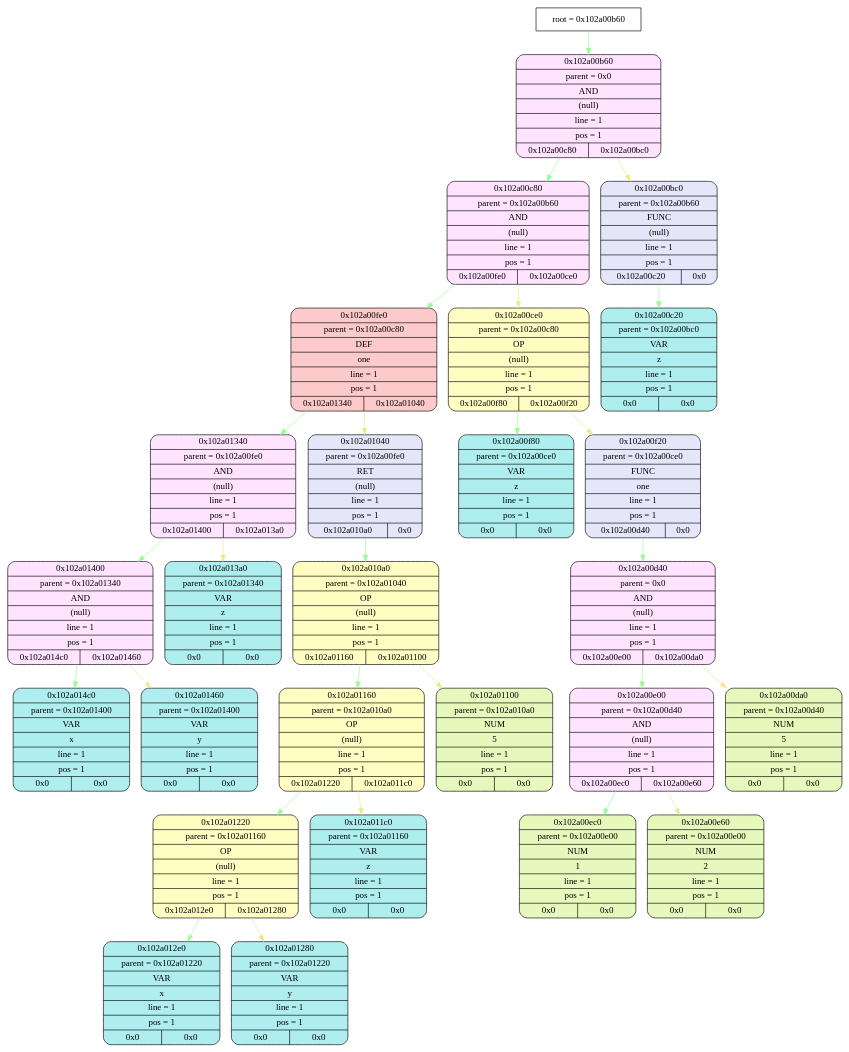
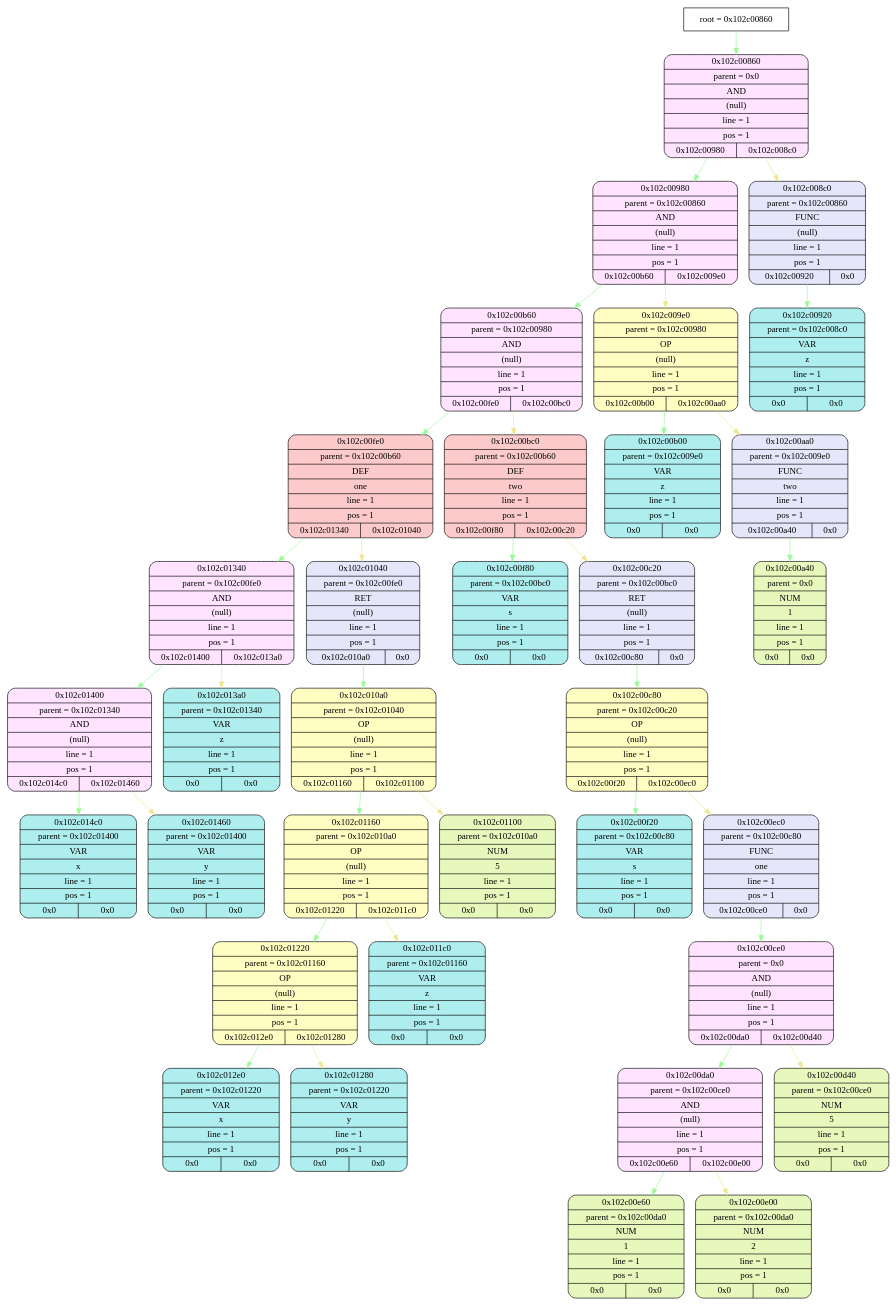
One commit to esgalimov/language changed the diagram in frontend/tmp/graphviz.dot. Above: the diagram before and after it, drawn with Graphviz. The commit also changed 19 other files, not shown here.

Commit message:
second stack in cpu to save ret values and call func from another one

```diff
--- a/frontend/tmp/graphviz.dot
+++ b/frontend/tmp/graphviz.dot
@@ -1,83 +1,107 @@
 digraph
 {
-    node_info[shape = record, label = "{root = 0x102a00b60}"];
+    node_info[shape = record, label = "{root = 0x102c00860}"];
 
-    node_info->node_0x102a00b60 [color = "#98FB98"];
-    node_0x102a00b60[shape = Mrecord, label = "{{0x102a00b60} | {parent =  0x0} | {AND} | {(null)} | {line = 1} | {pos = 1} | {0x102a00c80 | 0x102a00bc0}}",
+    node_info->node_0x102c00860 [color = "#98FB98"];
+    node_0x102c00860[shape = Mrecord, label = "{{0x102c00860} | {parent =  0x0} | {AND} | {(null)} | {line = 1} | {pos = 1} | {0x102c00980 | 0x102c008c0}}",
                                         style="filled", fillcolor="#FFE3FF"];
-    node_0x102a00c80[shape = Mrecord, label = "{{0x102a00c80} | {parent =  0x102a00b60} | {AND} | {(null)} | {line = 1} | {pos = 1} | {0x102a00fe0 | 0x102a00ce0}}",
+    node_0x102c00980[shape = Mrecord, label = "{{0x102c00980} | {parent =  0x102c00860} | {AND} | {(null)} | {line = 1} | {pos = 1} | {0x102c00b60 | 0x102c009e0}}",
                                         style="filled", fillcolor="#FFE3FF"];
-    node_0x102a00fe0[shape = Mrecord, label = "{{0x102a00fe0} | {parent =  0x102a00c80} | {DEF} | {one} | {line = 1} | {pos = 1} | {0x102a01340 | 0x102a01040}}",
+    node_0x102c00b60[shape = Mrecord, label = "{{0x102c00b60} | {parent =  0x102c00980} | {AND} | {(null)} | {line = 1} | {pos = 1} | {0x102c00fe0 | 0x102c00bc0}}",
+                                        style="filled", fillcolor="#FFE3FF"];
+    node_0x102c00fe0[shape = Mrecord, label = "{{0x102c00fe0} | {parent =  0x102c00b60} | {DEF} | {one} | {line = 1} | {pos = 1} | {0x102c01340 | 0x102c01040}}",
                                         style="filled", fillcolor="#FCCACA"];
-    node_0x102a01340[shape = Mrecord, label = "{{0x102a01340} | {parent =  0x102a00fe0} | {AND} | {(null)} | {line = 1} | {pos = 1} | {0x102a01400 | 0x102a013a0}}",
+    node_0x102c01340[shape = Mrecord, label = "{{0x102c01340} | {parent =  0x102c00fe0} | {AND} | {(null)} | {line = 1} | {pos = 1} | {0x102c01400 | 0x102c013a0}}",
                                         style="filled", fillcolor="#FFE3FF"];
-    node_0x102a01400[shape = Mrecord, label = "{{0x102a01400} | {parent =  0x102a01340} | {AND} | {(null)} | {line = 1} | {pos = 1} | {0x102a014c0 | 0x102a01460}}",
+    node_0x102c01400[shape = Mrecord, label = "{{0x102c01400} | {parent =  0x102c01340} | {AND} | {(null)} | {line = 1} | {pos = 1} | {0x102c014c0 | 0x102c01460}}",
                                         style="filled", fillcolor="#FFE3FF"];
-    node_0x102a014c0[shape = Mrecord, label = "{{0x102a014c0} | {parent =  0x102a01400} | {VAR} | {x} | {line = 1} | {pos = 1} | {0x0 | 0x0}}",
+    node_0x102c014c0[shape = Mrecord, label = "{{0x102c014c0} | {parent =  0x102c01400} | {VAR} | {x} | {line = 1} | {pos = 1} | {0x0 | 0x0}}",
                                         style="filled", fillcolor="#AFEEEE"];
-    node_0x102a01460[shape = Mrecord, label = "{{0x102a01460} | {parent =  0x102a01400} | {VAR} | {y} | {line = 1} | {pos = 1} | {0x0 | 0x0}}",
+    node_0x102c01460[shape = Mrecord, label = "{{0x102c01460} | {parent =  0x102c01400} | {VAR} | {y} | {line = 1} | {pos = 1} | {0x0 | 0x0}}",
                                         style="filled", fillcolor="#AFEEEE"];
-    node_0x102a013a0[shape = Mrecord, label = "{{0x102a013a0} | {parent =  0x102a01340} | {VAR} | {z} | {line = 1} | {pos = 1} | {0x0 | 0x0}}",
+    node_0x102c013a0[shape = Mrecord, label = "{{0x102c013a0} | {parent =  0x102c01340} | {VAR} | {z} | {line = 1} | {pos = 1} | {0x0 | 0x0}}",
                                         style="filled", fillcolor="#AFEEEE"];
-    node_0x102a01040[shape = Mrecord, label = "{{0x102a01040} | {parent =  0x102a00fe0} | {RET} | {(null)} | {line = 1} | {pos = 1} | {0x102a010a0 | 0x0}}",
+    node_0x102c01040[shape = Mrecord, label = "{{0x102c01040} | {parent =  0x102c00fe0} | {RET} | {(null)} | {line = 1} | {pos = 1} | {0x102c010a0 | 0x0}}",
                                         style="filled", fillcolor="#E6E6FA"];
-    node_0x102a010a0[shape = Mrecord, label = "{{0x102a010a0} | {parent =  0x102a01040} | {OP} | {(null)} | {line = 1} | {pos = 1} | {0x102a01160 | 0x102a01100}}",
+    node_0x102c010a0[shape = Mrecord, label = "{{0x102c010a0} | {parent =  0x102c01040} | {OP} | {(null)} | {line = 1} | {pos = 1} | {0x102c01160 | 0x102c01100}}",
                                         style="filled", fillcolor="#FFFDC2"];
-    node_0x102a01160[shape = Mrecord, label = "{{0x102a01160} | {parent =  0x102a010a0} | {OP} | {(null)} | {line = 1} | {pos = 1} | {0x102a01220 | 0x102a011c0}}",
+    node_0x102c01160[shape = Mrecord, label = "{{0x102c01160} | {parent =  0x102c010a0} | {OP} | {(null)} | {line = 1} | {pos = 1} | {0x102c01220 | 0x102c011c0}}",
                                         style="filled", fillcolor="#FFFDC2"];
-    node_0x102a01220[shape = Mrecord, label = "{{0x102a01220} | {parent =  0x102a01160} | {OP} | {(null)} | {line = 1} | {pos = 1} | {0x102a012e0 | 0x102a01280}}",
+    node_0x102c01220[shape = Mrecord, label = "{{0x102c01220} | {parent =  0x102c01160} | {OP} | {(null)} | {line = 1} | {pos = 1} | {0x102c012e0 | 0x102c01280}}",
                                         style="filled", fillcolor="#FFFDC2"];
-    node_0x102a012e0[shape = Mrecord, label = "{{0x102a012e0} | {parent =  0x102a01220} | {VAR} | {x} | {line = 1} | {pos = 1} | {0x0 | 0x0}}",
+    node_0x102c012e0[shape = Mrecord, label = "{{0x102c012e0} | {parent =  0x102c01220} | {VAR} | {x} | {line = 1} | {pos = 1} | {0x0 | 0x0}}",
                                         style="filled", fillcolor="#AFEEEE"];
-    node_0x102a01280[shape = Mrecord, label = "{{0x102a01280} | {parent =  0x102a01220} | {VAR} | {y} | {line = 1} | {pos = 1} | {0x0 | 0x0}}",
+    node_0x102c01280[shape = Mrecord, label = "{{0x102c01280} | {parent =  0x102c01220} | {VAR} | {y} | {line = 1} | {pos = 1} | {0x0 | 0x0}}",
                                         style="filled", fillcolor="#AFEEEE"];
-    node_0x102a011c0[shape = Mrecord, label = "{{0x102a011c0} | {parent =  0x102a01160} | {VAR} | {z} | {line = 1} | {pos = 1} | {0x0 | 0x0}}",
+    node_0x102c011c0[shape = Mrecord, label = "{{0x102c011c0} | {parent =  0x102c01160} | {VAR} | {z} | {line = 1} | {pos = 1} | {0x0 | 0x0}}",
                                         style="filled", fillcolor="#AFEEEE"];
-    node_0x102a01100[shape = Mrecord, label = "{{0x102a01100} | {parent =  0x102a010a0} | {NUM} | {5} | {line = 1} | {pos = 1} | {0x0 | 0x0}}",
+    node_0x102c01100[shape = Mrecord, label = "{{0x102c01100} | {parent =  0x102c010a0} | {NUM} | {5} | {line = 1} | {pos = 1} | {0x0 | 0x0}}",
                 style="filled", fillcolor="#E7F8BC"];
-    node_0x102a00ce0[shape = Mrecord, label = "{{0x102a00ce0} | {parent =  0x102a00c80} | {OP} | {(null)} | {line = 1} | {pos = 1} | {0x102a00f80 | 0x102a00f20}}",
+    node_0x102c00bc0[shape = Mrecord, label = "{{0x102c00bc0} | {parent =  0x102c00b60} | {DEF} | {two} | {line = 1} | {pos = 1} | {0x102c00f80 | 0x102c00c20}}",
+                                        style="filled", fillcolor="#FCCACA"];
+    node_0x102c00f80[shape = Mrecord, label = "{{0x102c00f80} | {parent =  0x102c00bc0} | {VAR} | {s} | {line = 1} | {pos = 1} | {0x0 | 0x0}}",
+                                        style="filled", fillcolor="#AFEEEE"];
+    node_0x102c00c20[shape = Mrecord, label = "{{0x102c00c20} | {parent =  0x102c00bc0} | {RET} | {(null)} | {line = 1} | {pos = 1} | {0x102c00c80 | 0x0}}",
+                                        style="filled", fillcolor="#E6E6FA"];
+    node_0x102c00c80[shape = Mrecord, label = "{{0x102c00c80} | {parent =  0x102c00c20} | {OP} | {(null)} | {line = 1} | {pos = 1} | {0x102c00f20 | 0x102c00ec0}}",
                                         style="filled", fillcolor="#FFFDC2"];
-    node_0x102a00f80[shape = Mrecord, label = "{{0x102a00f80} | {parent =  0x102a00ce0} | {VAR} | {z} | {line = 1} | {pos = 1} | {0x0 | 0x0}}",
+    node_0x102c00f20[shape = Mrecord, label = "{{0x102c00f20} | {parent =  0x102c00c80} | {VAR} | {s} | {line = 1} | {pos = 1} | {0x0 | 0x0}}",
                                         style="filled", fillcolor="#AFEEEE"];
-    node_0x102a00f20[shape = Mrecord, label = "{{0x102a00f20} | {parent =  0x102a00ce0} | {FUNC} | {one} | {line = 1} | {pos = 1} | {0x102a00d40 | 0x0}}",
+    node_0x102c00ec0[shape = Mrecord, label = "{{0x102c00ec0} | {parent =  0x102c00c80} | {FUNC} | {one} | {line = 1} | {pos = 1} | {0x102c00ce0 | 0x0}}",
                                         style="filled", fillcolor="#E6E6FA"];
-    node_0x102a00d40[shape = Mrecord, label = "{{0x102a00d40} | {parent =  0x0} | {AND} | {(null)} | {line = 1} | {pos = 1} | {0x102a00e00 | 0x102a00da0}}",
+    node_0x102c00ce0[shape = Mrecord, label = "{{0x102c00ce0} | {parent =  0x0} | {AND} | {(null)} | {line = 1} | {pos = 1} | {0x102c00da0 | 0x102c00d40}}",
                                         style="filled", fillcolor="#FFE3FF"];
-    node_0x102a00e00[shape = Mrecord, label = "{{0x102a00e00} | {parent =  0x102a00d40} | {AND} | {(null)} | {line = 1} | {pos = 1} | {0x102a00ec0 | 0x102a00e60}}",
+    node_0x102c00da0[shape = Mrecord, label = "{{0x102c00da0} | {parent =  0x102c00ce0} | {AND} | {(null)} | {line = 1} | {pos = 1} | {0x102c00e60 | 0x102c00e00}}",
                                         style="filled", fillcolor="#FFE3FF"];
-    node_0x102a00ec0[shape = Mrecord, label = "{{0x102a00ec0} | {parent =  0x102a00e00} | {NUM} | {1} | {line = 1} | {pos = 1} | {0x0 | 0x0}}",
+    node_0x102c00e60[shape = Mrecord, label = "{{0x102c00e60} | {parent =  0x102c00da0} | {NUM} | {1} | {line = 1} | {pos = 1} | {0x0 | 0x0}}",
                 style="filled", fillcolor="#E7F8BC"];
-    node_0x102a00e60[shape = Mrecord, label = "{{0x102a00e60} | {parent =  0x102a00e00} | {NUM} | {2} | {line = 1} | {pos = 1} | {0x0 | 0x0}}",
+    node_0x102c00e00[shape = Mrecord, label = "{{0x102c00e00} | {parent =  0x102c00da0} | {NUM} | {2} | {line = 1} | {pos = 1} | {0x0 | 0x0}}",
                 style="filled", fillcolor="#E7F8BC"];
-    node_0x102a00da0[shape = Mrecord, label = "{{0x102a00da0} | {parent =  0x102a00d40} | {NUM} | {5} | {line = 1} | {pos = 1} | {0x0 | 0x0}}",
+    node_0x102c00d40[shape = Mrecord, label = "{{0x102c00d40} | {parent =  0x102c00ce0} | {NUM} | {5} | {line = 1} | {pos = 1} | {0x0 | 0x0}}",
                 style="filled", fillcolor="#E7F8BC"];
-    node_0x102a00bc0[shape = Mrecord, label = "{{0x102a00bc0} | {parent =  0x102a00b60} | {FUNC} | {(null)} | {line = 1} | {pos = 1} | {0x102a00c20 | 0x0}}",
+    node_0x102c009e0[shape = Mrecord, label = "{{0x102c009e0} | {parent =  0x102c00980} | {OP} | {(null)} | {line = 1} | {pos = 1} | {0x102c00b00 | 0x102c00aa0}}",
+                                        style="filled", fillcolor="#FFFDC2"];
+    node_0x102c00b00[shape = Mrecord, label = "{{0x102c00b00} | {parent =  0x102c009e0} | {VAR} | {z} | {line = 1} | {pos = 1} | {0x0 | 0x0}}",
+                                        style="filled", fillcolor="#AFEEEE"];
+    node_0x102c00aa0[shape = Mrecord, label = "{{0x102c00aa0} | {parent =  0x102c009e0} | {FUNC} | {two} | {line = 1} | {pos = 1} | {0x102c00a40 | 0x0}}",
                                         style="filled", fillcolor="#E6E6FA"];
-    node_0x102a00c20[shape = Mrecord, label = "{{0x102a00c20} | {parent =  0x102a00bc0} | {VAR} | {z} | {line = 1} | {pos = 1} | {0x0 | 0x0}}",
+    node_0x102c00a40[shape = Mrecord, label = "{{0x102c00a40} | {parent =  0x0} | {NUM} | {1} | {line = 1} | {pos = 1} | {0x0 | 0x0}}",
+                style="filled", fillcolor="#E7F8BC"];
+    node_0x102c008c0[shape = Mrecord, label = "{{0x102c008c0} | {parent =  0x102c00860} | {FUNC} | {(null)} | {line = 1} | {pos = 1} | {0x102c00920 | 0x0}}",
+                                        style="filled", fillcolor="#E6E6FA"];
+    node_0x102c00920[shape = Mrecord, label = "{{0x102c00920} | {parent =  0x102c008c0} | {VAR} | {z} | {line = 1} | {pos = 1} | {0x0 | 0x0}}",
                                         style="filled", fillcolor="#AFEEEE"];
-    node_0x102a00b60->node_0x102a00c80 [color = "#98FB98"];
-    node_0x102a00c80->node_0x102a00fe0 [color = "#98FB98"];
-    node_0x102a00fe0->node_0x102a01340 [color = "#98FB98"];
-    node_0x102a01340->node_0x102a01400 [color = "#98FB98"];
-    node_0x102a01400->node_0x102a014c0 [color = "#98FB98"];
-    node_0x102a01400->node_0x102a01460 [color = "#F0E68C"];
-    node_0x102a01340->node_0x102a013a0 [color = "#F0E68C"];
-    node_0x102a00fe0->node_0x102a01040 [color = "#F0E68C"];
-    node_0x102a01040->node_0x102a010a0 [color = "#98FB98"];
-    node_0x102a010a0->node_0x102a01160 [color = "#98FB98"];
-    node_0x102a01160->node_0x102a01220 [color = "#98FB98"];
-    node_0x102a01220->node_0x102a012e0 [color = "#98FB98"];
-    node_0x102a01220->node_0x102a01280 [color = "#F0E68C"];
-    node_0x102a01160->node_0x102a011c0 [color = "#F0E68C"];
-    node_0x102a010a0->node_0x102a01100 [color = "#F0E68C"];
-    node_0x102a00c80->node_0x102a00ce0 [color = "#F0E68C"];
-    node_0x102a00ce0->node_0x102a00f80 [color = "#98FB98"];
-    node_0x102a00ce0->node_0x102a00f20 [color = "#F0E68C"];
-    node_0x102a00f20->node_0x102a00d40 [color = "#98FB98"];
-    node_0x102a00d40->node_0x102a00e00 [color = "#98FB98"];
-    node_0x102a00e00->node_0x102a00ec0 [color = "#98FB98"];
-    node_0x102a00e00->node_0x102a00e60 [color = "#F0E68C"];
-    node_0x102a00d40->node_0x102a00da0 [color = "#F0E68C"];
-    node_0x102a00b60->node_0x102a00bc0 [color = "#F0E68C"];
-    node_0x102a00bc0->node_0x102a00c20 [color = "#98FB98"];
+    node_0x102c00860->node_0x102c00980 [color = "#98FB98"];
+    node_0x102c00980->node_0x102c00b60 [color = "#98FB98"];
+    node_0x102c00b60->node_0x102c00fe0 [color = "#98FB98"];
+    node_0x102c00fe0->node_0x102c01340 [color = "#98FB98"];
+    node_0x102c01340->node_0x102c01400 [color = "#98FB98"];
+    node_0x102c01400->node_0x102c014c0 [color = "#98FB98"];
+    node_0x102c01400->node_0x102c01460 [color = "#F0E68C"];
+    node_0x102c01340->node_0x102c013a0 [color = "#F0E68C"];
+    node_0x102c00fe0->node_0x102c01040 [color = "#F0E68C"];
+    node_0x102c01040->node_0x102c010a0 [color = "#98FB98"];
+    node_0x102c010a0->node_0x102c01160 [color = "#98FB98"];
+    node_0x102c01160->node_0x102c01220 [color = "#98FB98"];
+    node_0x102c01220->node_0x102c012e0 [color = "#98FB98"];
+    node_0x102c01220->node_0x102c01280 [color = "#F0E68C"];
+    node_0x102c01160->node_0x102c011c0 [color = "#F0E68C"];
+    node_0x102c010a0->node_0x102c01100 [color = "#F0E68C"];
+    node_0x102c00b60->node_0x102c00bc0 [color = "#F0E68C"];
+    node_0x102c00bc0->node_0x102c00f80 [color = "#98FB98"];
+    node_0x102c00bc0->node_0x102c00c20 [color = "#F0E68C"];
+    node_0x102c00c20->node_0x102c00c80 [color = "#98FB98"];
+    node_0x102c00c80->node_0x102c00f20 [color = "#98FB98"];
+    node_0x102c00c80->node_0x102c00ec0 [color = "#F0E68C"];
+    node_0x102c00ec0->node_0x102c00ce0 [color = "#98FB98"];
+    node_0x102c00ce0->node_0x102c00da0 [color = "#98FB98"];
+    node_0x102c00da0->node_0x102c00e60 [color = "#98FB98"];
+    node_0x102c00da0->node_0x102c00e00 [color = "#F0E68C"];
+    node_0x102c00ce0->node_0x102c00d40 [color = "#F0E68C"];
+    node_0x102c00980->node_0x102c009e0 [color = "#F0E68C"];
+    node_0x102c009e0->node_0x102c00b00 [color = "#98FB98"];
+    node_0x102c009e0->node_0x102c00aa0 [color = "#F0E68C"];
+    node_0x102c00aa0->node_0x102c00a40 [color = "#98FB98"];
+    node_0x102c00860->node_0x102c008c0 [color = "#F0E68C"];
+    node_0x102c008c0->node_0x102c00920 [color = "#98FB98"];
 }
```
